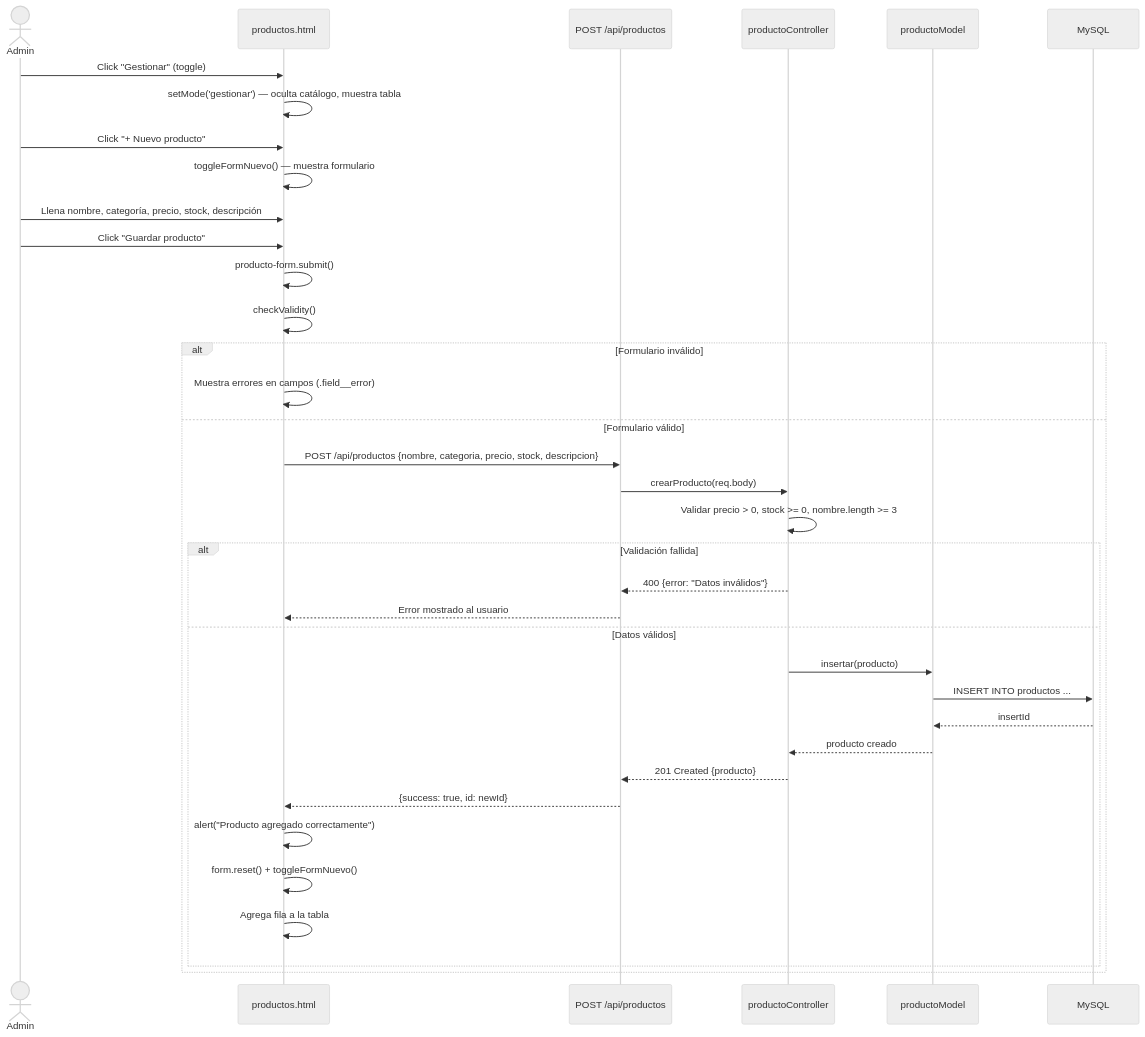
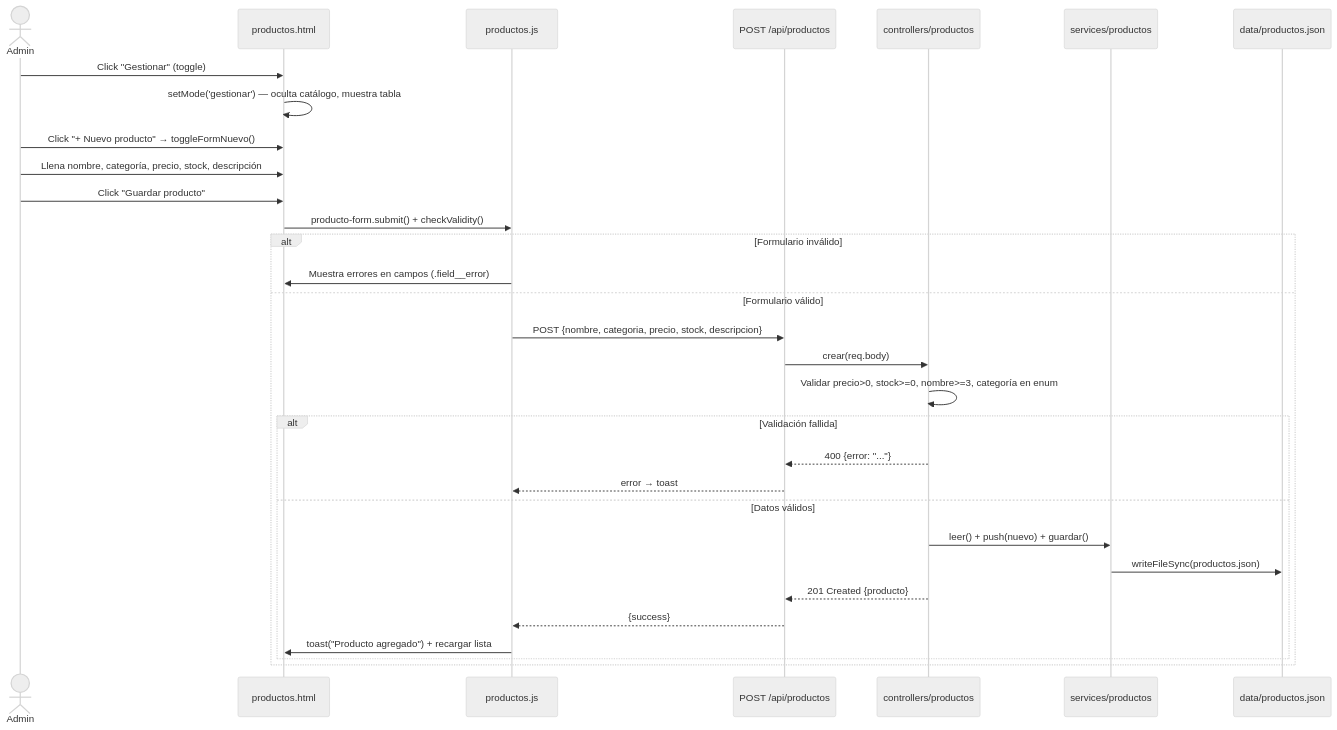
The seventh of 10 diagrams in docs/diagramas/diagramas.md (Pedrito2626/SalesFlow), drawn with Mermaid (neutral theme) before and after one commit. The commit also changed other lines of this file and 1 other file, not shown here.

Commit message:
docs: alinear arquitectura y diagramas con la implementación real (persistencia JSON)

````diff
--- a/docs/diagramas/diagramas.md
+++ b/docs/diagramas/diagramas.md
@@ -322,40 +323,34 @@
 ```mermaid
 sequenceDiagram
     actor Admin
     participant UI as productos.html
+    participant JS as productos.js
     participant API as POST /api/productos
-    participant PC as productoController
-    participant PM as productoModel
-    participant DB as MySQL
+    participant PC as controllers/productos
+    participant SP as services/productos
+    participant DATA as data/productos.json
 
     Admin->>UI: Click "Gestionar" (toggle)
     UI->>UI: setMode('gestionar') — oculta catálogo, muestra tabla
-    Admin->>UI: Click "+ Nuevo producto"
-    UI->>UI: toggleFormNuevo() — muestra formulario
-
+    Admin->>UI: Click "+ Nuevo producto" → toggleFormNuevo()
     Admin->>UI: Llena nombre, categoría, precio, stock, descripción
     Admin->>UI: Click "Guardar producto"
-    UI->>UI: producto-form.submit()
-    UI->>UI: checkValidity()
+    UI->>JS: producto-form.submit() + checkValidity()
     alt Formulario inválido
-        UI->>UI: Muestra errores en campos (.field__error)
+        JS->>UI: Muestra errores en campos (.field__error)
     else Formulario válido
-        UI->>API: POST /api/productos {nombre, categoria, precio, stock, descripcion}
-        API->>PC: crearProducto(req.body)
-        PC->>PC: Validar precio > 0, stock >= 0, nombre.length >= 3
+        JS->>API: POST {nombre, categoria, precio, stock, descripcion}
+        API->>PC: crear(req.body)
+        PC->>PC: Validar precio>0, stock>=0, nombre>=3, categoría en enum
         alt Validación fallida
-            PC-->>API: 400 {error: "Datos inválidos"}
-            API-->>UI: Error mostrado al usuario
+            PC-->>API: 400 {error: "..."}
+            API-->>JS: error → toast
         else Datos válidos
-            PC->>PM: insertar(producto)
-            PM->>DB: INSERT INTO productos ...
-            DB-->>PM: insertId
-            PM-->>PC: producto creado
+            PC->>SP: leer() + push(nuevo) + guardar()
+            SP->>DATA: writeFileSync(productos.json)
             PC-->>API: 201 Created {producto}
-            API-->>UI: {success: true, id: newId}
-            UI->>UI: alert("Producto agregado correctamente")
-            UI->>UI: form.reset() + toggleFormNuevo()
-            UI->>UI: Agrega fila a la tabla
+            API-->>JS: {success}
+            JS->>UI: toast("Producto agregado") + recargar lista
         end
     end
 ```
````
